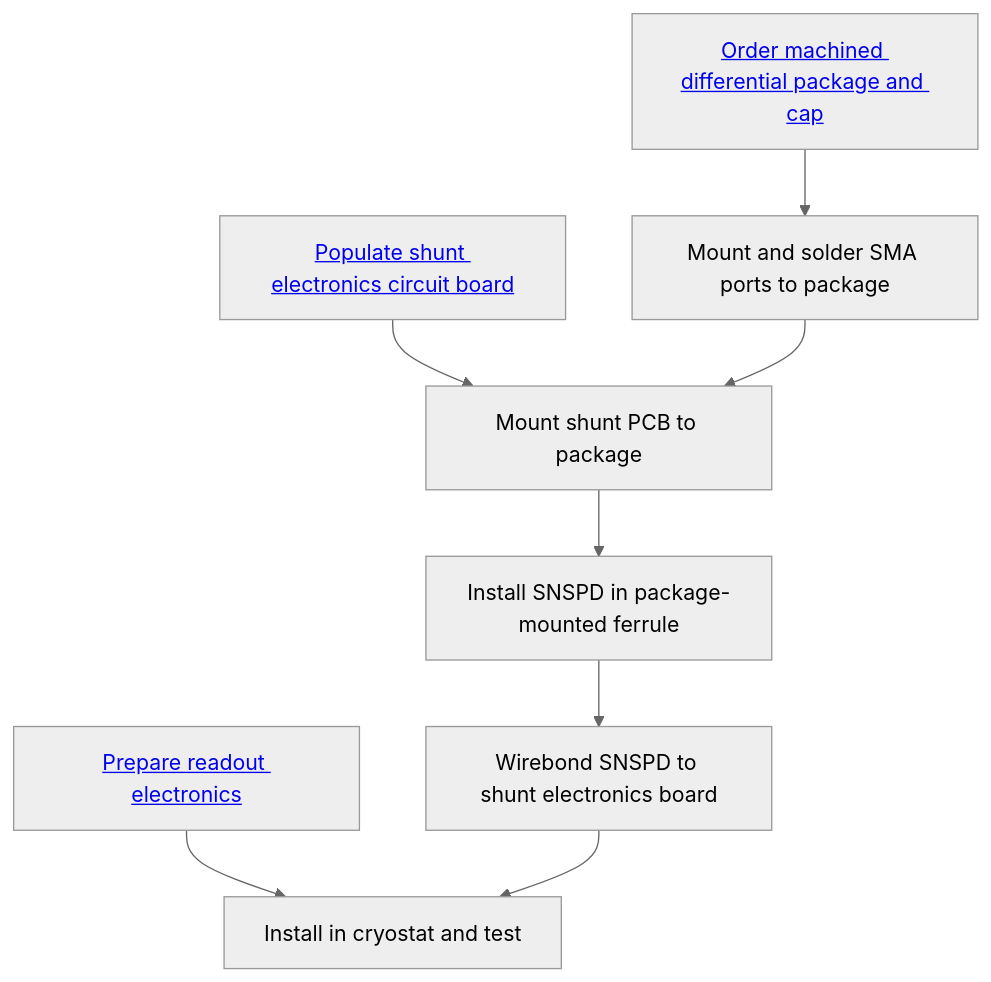
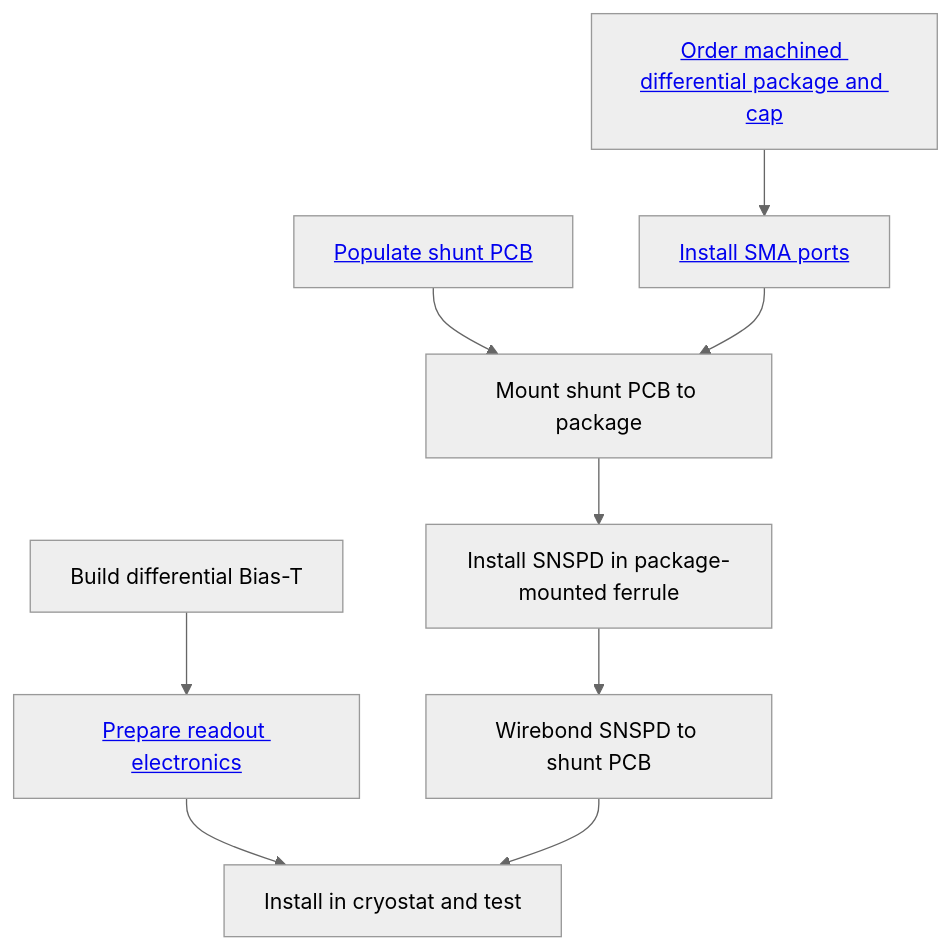
Before and after one commit to sansseriff/nbn_diff: the diagram in docs/index.md, drawn with Mermaid (neutral theme). The commit also changed other lines of this file, not shown here.

Commit message:
small index changes

````diff
--- a/docs/index.md
+++ b/docs/index.md
@@ -10,10 +15,11 @@
 ```mermaid
 graph TD
-    G[<a href='./packaging/#shunt-PCB'>Populate shunt electronics circuit board</a>] --> B
-    E[<a href='./readout/#readout'>Prepare readout electronics</a>] --> F[Install in cryostat and test]
-    AA[<a href='./mechanics/#detector-packages-with-sapphire-rods'>Order machined differential package and cap</a>] -->A[Mount and solder SMA ports to package]
+    G[<a href='./packaging/#shunt-PCB'>Populate shunt PCB</a>] --> B
+    EE[Build differential Bias-T] --> E[<a href='./readout/#readout'>Prepare readout electronics</a>]
+    E --> F[Install in cryostat and test]
+    AA[<a href='./mechanics/#detector-packages-with-sapphire-rods'>Order machined differential package and cap</a>] -->A[<a href='./mechanics/#install-sma-ports'>Install SMA ports</a>]
     A --> B[Mount shunt PCB to package]
     B --> C[Install SNSPD in package-mounted ferrule]
-    C --> D[Wirebond SNSPD to shunt electronics board]
+    C --> D[Wirebond SNSPD to shunt PCB]
     D --> F
 ```
````
